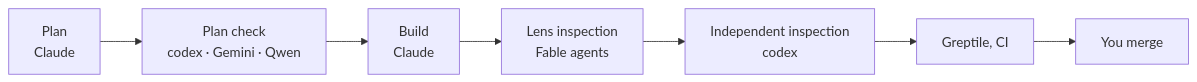
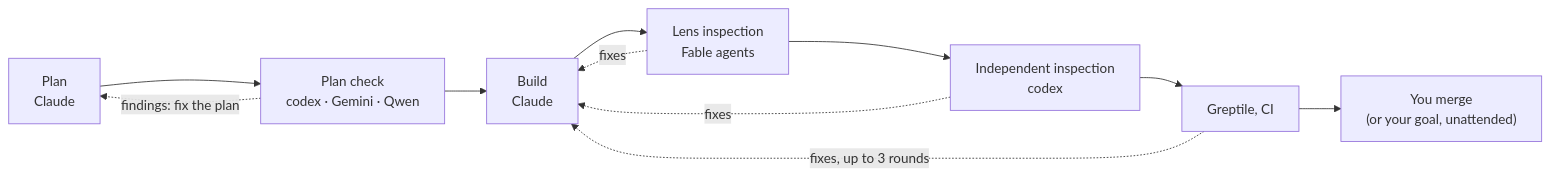
One commit to kaithoughtarchitect/toppingout changed the first of 3 diagrams in README.md. Above: the diagram before and after it, drawn with Mermaid. The commit also changed other lines of this file and 2 other files, not shown here.

Commit message:
README: /f-setup to stay current; the master builder flows show their repair loops

````diff
--- a/README.md
+++ b/README.md
@@ -88,4 +89,8 @@
 ```mermaid
 flowchart LR
-  P["Plan<br/>Claude"] --> C["Plan check<br/>codex · Gemini · Qwen"] --> B["Build<br/>Claude"] --> L["Lens inspection<br/>Fable agents"] --> I["Independent inspection<br/>codex"] --> G["Greptile, CI"] --> M["You merge"]
+  P["Plan<br/>Claude"] --> C["Plan check<br/>codex · Gemini · Qwen"] --> B["Build<br/>Claude"] --> L["Lens inspection<br/>Fable agents"] --> I["Independent inspection<br/>codex"] --> G["Greptile, CI"] --> M["You merge<br/>(or your goal, unattended)"]
+  C -. "findings: fix the plan" .-> P
+  L -. "fixes" .-> B
+  I -. "fixes" .-> B
+  G -. "fixes, up to 3 rounds" .-> B
 ```
````
